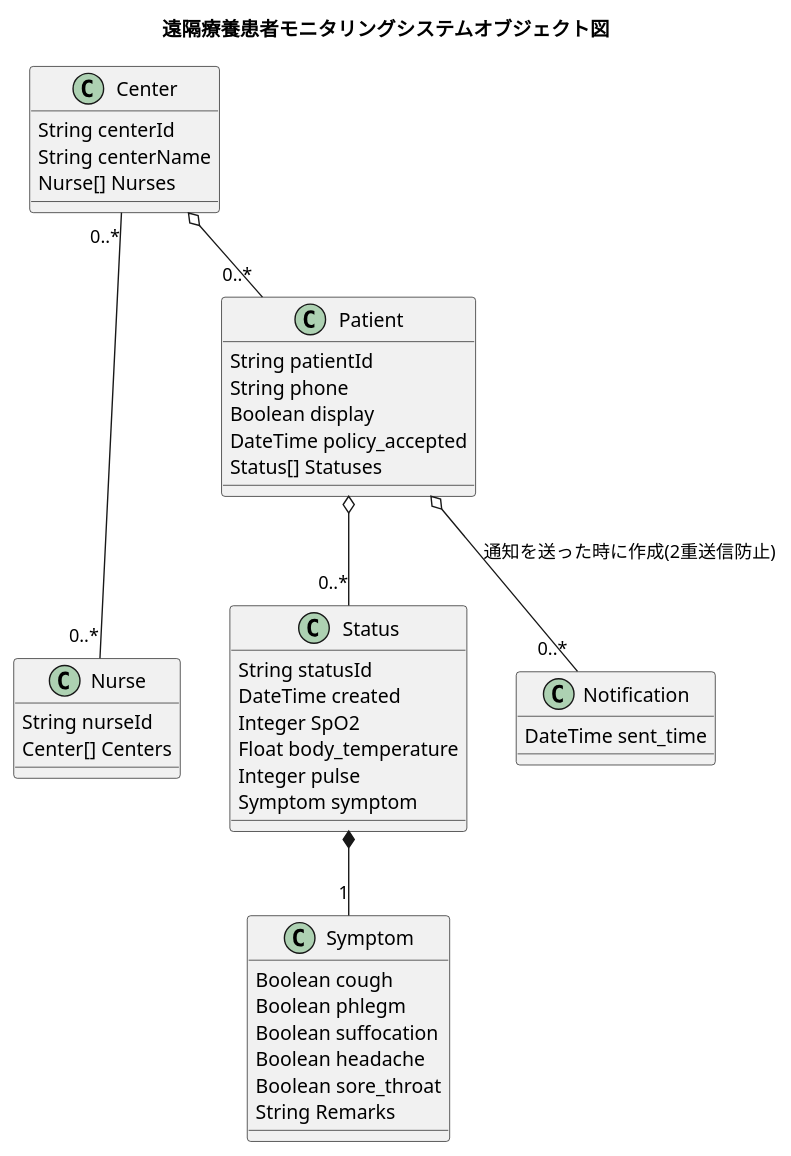
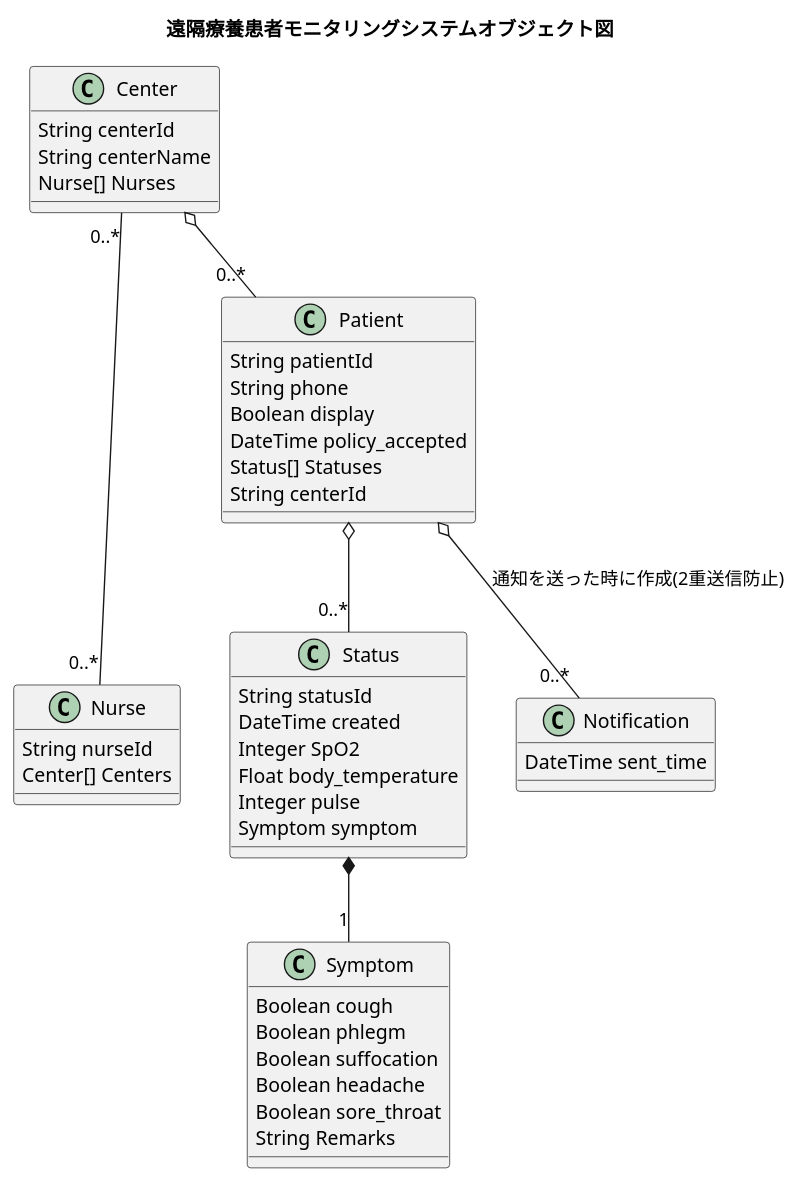
Before and after one commit to codeforjapan/remote-patient-monitoring-api: the diagram in docs/uml/CLASSES.md, drawn with PlantUML. The commit also changed 6 other files, not shown here.

````diff
--- a/docs/uml/CLASSES.md
+++ b/docs/uml/CLASSES.md
@@ -7,53 +7,54 @@
 ```uml
 @startuml RemotePatientMonitoring
 title 遠隔療養患者モニタリングシステムオブジェクト図
 skinparam backgroundColor white
 
 Center "0..*" --- "0..*" Nurse
 Center o-- "0..*" Patient
 Patient o-- "0..*" Status
 Status *-- "1" Symptom
 Patient o-- "0..*" Notification :通知を送った時に作成(2重送信防止)
 
 class Center {
     String centerId
     String centerName
     Nurse[] Nurses
 }
 
 class Nurse {
     String nurseId
     Center[] Centers
 }
 
 class Patient {
     String patientId
     String phone
     Boolean display
     DateTime policy_accepted
     Status[] Statuses
+    String centerId
 }
 
 class Status {
     String statusId
     DateTime created
     Integer SpO2
     Float body_temperature
     Integer pulse
     Symptom symptom
 }
 
 class Symptom {
     Boolean cough
     Boolean phlegm
     Boolean suffocation
     Boolean headache
     Boolean sore_throat
     String Remarks
 }
 
 class Notification {
     DateTime sent_time
 }
 @enduml
 ```
````
